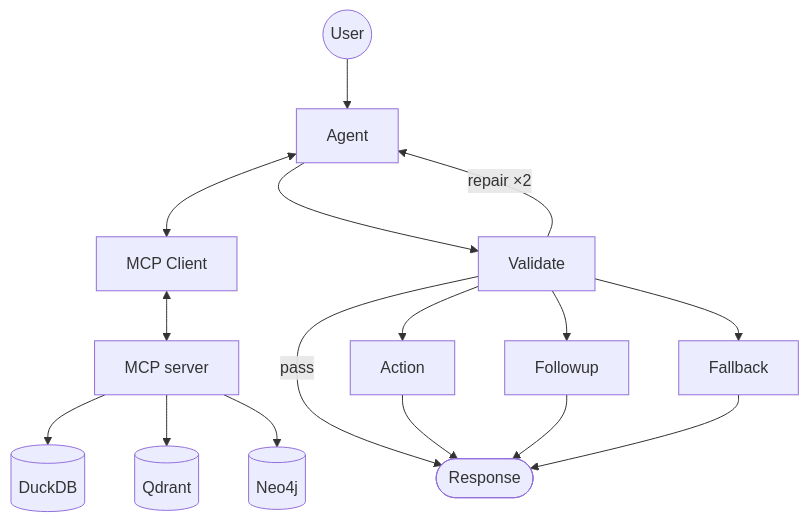
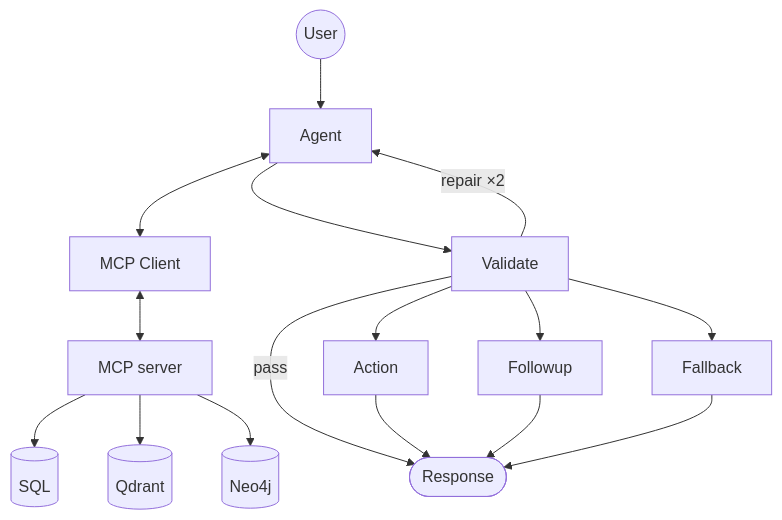
The second of 7 diagrams in README.md (sazzad-kamal/crm-agentic-mcp-engine), drawn with Mermaid before and after one commit. The commit also changed other lines of this file, not shown here.

Commit message:
D1 + spine: DuckDB -> SQL (backend-agnostic, true for DuckDB now / Postgres later); D2 node list Repair -> Fallback

````diff
--- a/README.md
+++ b/README.md
@@ -63,22 +63,22 @@
 ```mermaid
 flowchart TB
     Q(("User")) --> AGENT["Agent"]
 
     AGENT <--> MCP_CLIENT["MCP Client"]
     MCP_CLIENT <--> MCPSRV["MCP server"]
 
     AGENT --> VAL["Validate"]
     VAL -->|"repair ×2"| AGENT
     VAL --> FB["Fallback"]
     VAL -->|pass| RESP
     VAL --> ACT["Action"] & FU["Followup"]
     ACT --> RESP
     FU --> RESP
     FB --> RESP
 
     RESP(["Response"])
 
-    MCPSRV --> DB[("DuckDB")]
+    MCPSRV --> DB[("SQL")]
     MCPSRV --> VS[("Qdrant")]
     MCPSRV --> N4[("Neo4j")]
 ```
````
